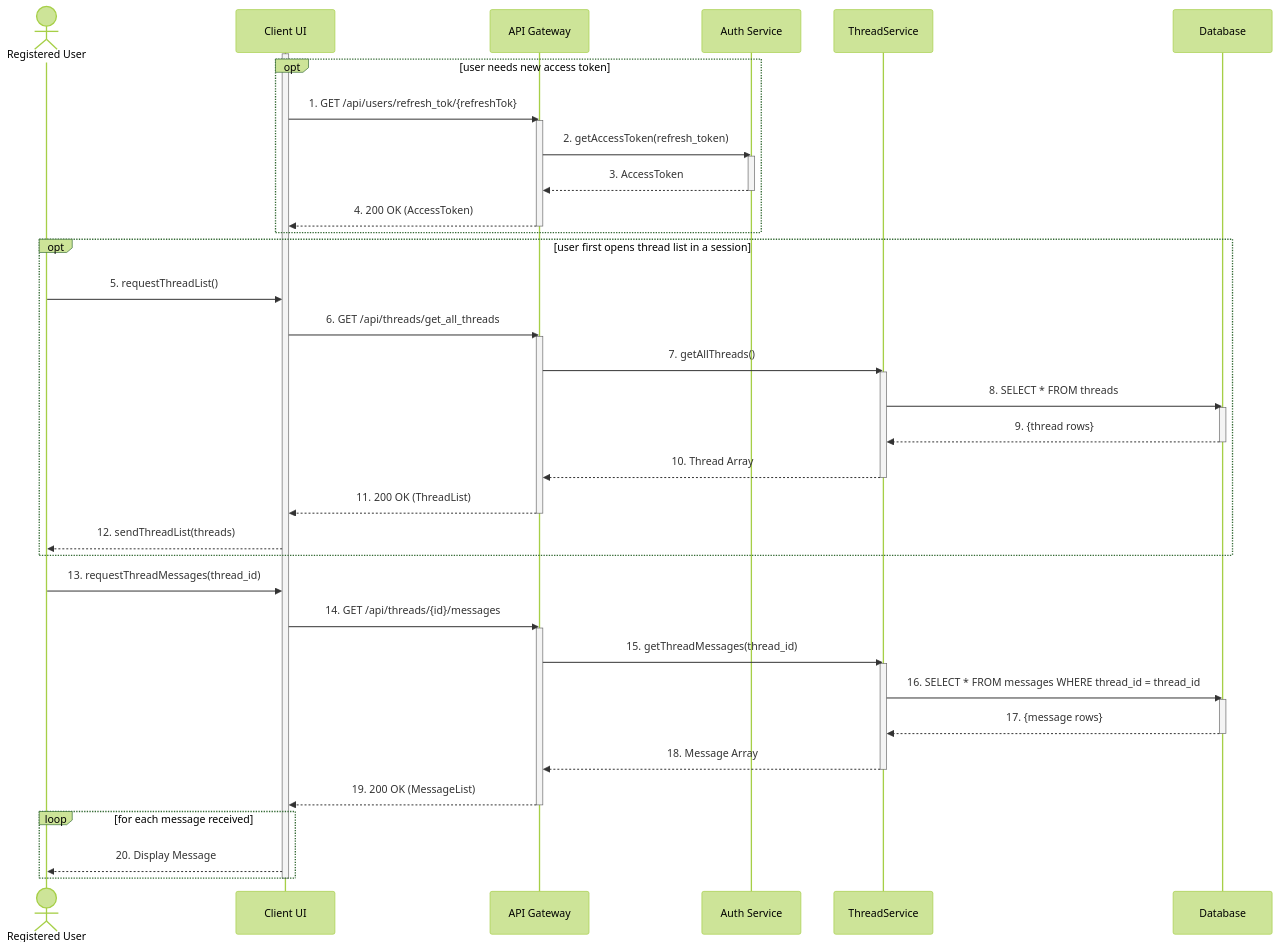
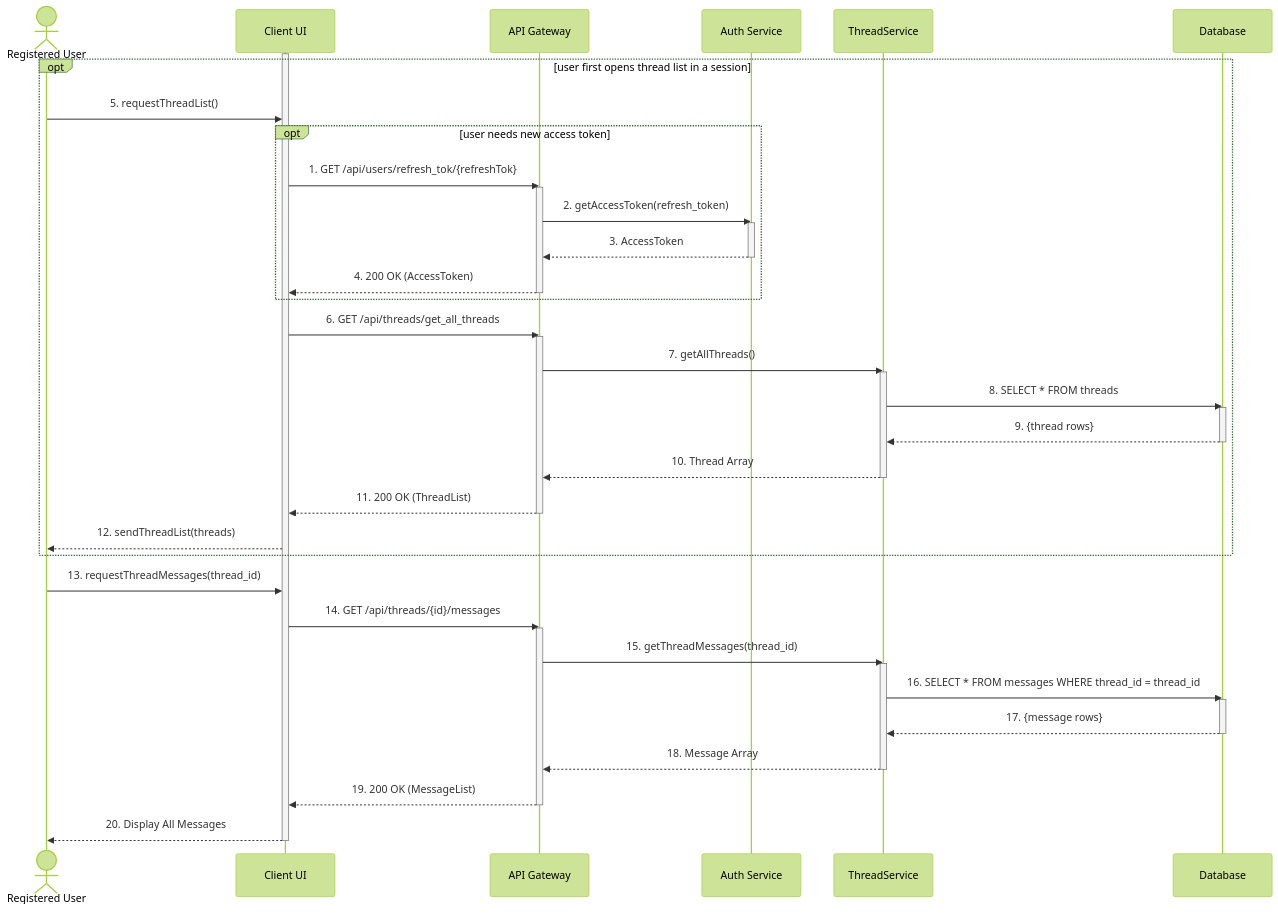
One commit to GarniyHlopchik/KPI_MAVPA changed the diagram in lab3/SCN4.mmd. Above: the diagram before and after it, drawn with Mermaid (forest theme). The commit also changed 5 other files, not shown here.

```diff
--- a/lab3/SCN4.mmd
+++ b/lab3/SCN4.mmd
@@ -1,63 +1,66 @@
 sequenceDiagram
 
     Actor User as Registered User
     participant UI as Client UI
     participant API as API Gateway
     participant AS as Auth Service
     participant TS as ThreadService
     participant DB as Database
 
     activate UI
+
+
+
+    opt user first opens thread list in a session
+
+    User->>UI: 5. requestThreadList()
 
     opt user needs new access token
 
     UI->>API: 1. GET /api/users/refresh_tok/{refreshTok}
     activate API
     API->>AS: 2. getAccessToken(refresh_token)
     activate AS
     AS-->>API: 3. AccessToken
     deactivate AS
     API-->>UI: 4. 200 OK (AccessToken)
     deactivate API
 
 
     end
 
-    opt user first opens thread list in a session
-
-    User->>UI: 5. requestThreadList()
     UI->>API: 6. GET /api/threads/get_all_threads
     activate API
     API->>TS: 7. getAllThreads()
     activate TS
     TS->>DB: 8. SELECT * FROM threads
     activate DB
     DB-->>TS: 9. {thread rows}
     deactivate DB
     TS-->>API: 10. Thread Array
     deactivate TS
     API-->>UI: 11. 200 OK (ThreadList)
     deactivate API
     UI-->>User: 12. sendThreadList(threads)
 
     end
 
     User->>UI: 13. requestThreadMessages(thread_id)
     UI->>API: 14. GET /api/threads/{id}/messages
     activate API
     API->>TS: 15. getThreadMessages(thread_id)
     activate TS
     TS->>DB: 16. SELECT * FROM messages WHERE thread_id = thread_id
     activate DB
     DB-->>TS: 17. {message rows}
     deactivate DB
     TS-->>API: 18. Message Array
     deactivate TS
     API-->>UI: 19. 200 OK (MessageList)
     deactivate API
 
-    loop for each message received
-    UI-->>User: 20. Display Message
-    end
+
+    UI-->>User: 20. Display All Messages
+
 
     deactivate UI
```
